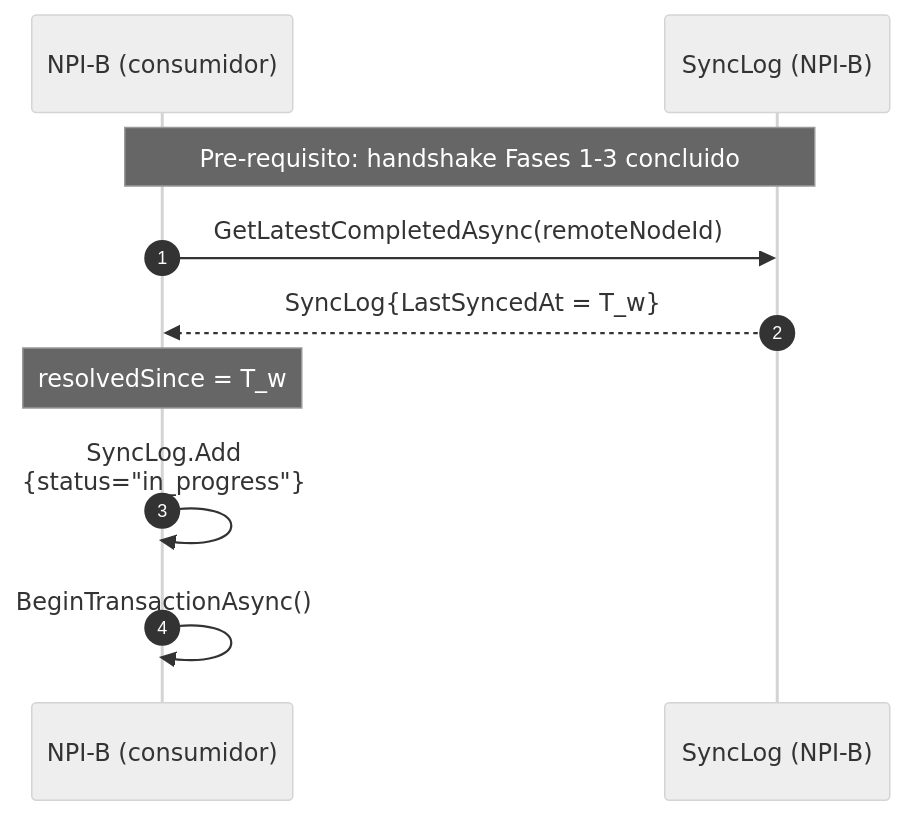
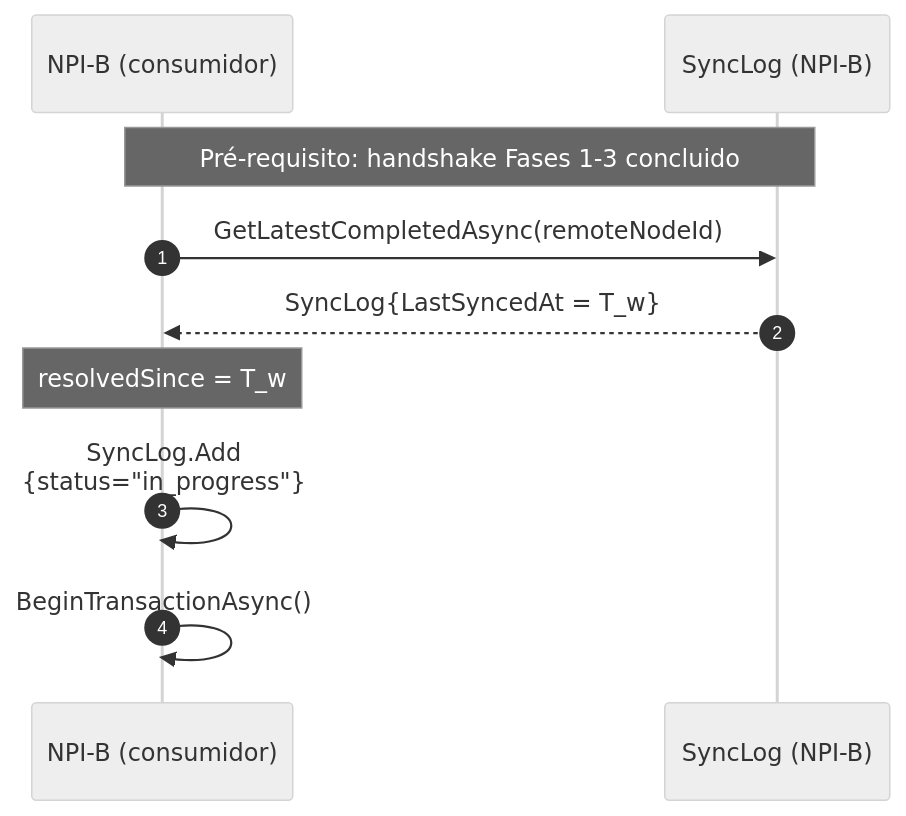
One commit to VitorAndTxr/TCC-Vitor changed the diagram in figuras/Desenvolvimento/NPI/sync-catalogo-1-inicio.mmd. Above: the diagram before and after it, drawn with Mermaid (neutral theme). The commit also changed 15 other files, not shown here.

```diff
--- a/figuras/Desenvolvimento/NPI/sync-catalogo-1-inicio.mmd
+++ b/figuras/Desenvolvimento/NPI/sync-catalogo-1-inicio.mmd
@@ -1,17 +1,17 @@
 %% ============================================================
 %% Sincronizacao SNOMED - Parte 1/3: inicio (watermark + tx)
 %% Referenciado em: cap-experimentos-resultados.tex (4.2.5.2)
 %% Label: fig:NPISyncCatalogoInicio
 %% ============================================================
 sequenceDiagram
     autonumber
     participant B as NPI-B (consumidor)
     participant LB as SyncLog (NPI-B)
 
-    Note over B,LB : Pre-requisito: handshake Fases 1-3 concluido
+    Note over B,LB : Pré-requisito: handshake Fases 1-3 concluido
     B->>LB: GetLatestCompletedAsync(remoteNodeId)
     LB-->>B: SyncLog{LastSyncedAt = T_w}
     Note over B: resolvedSince = T_w
 
     B->>B: SyncLog.Add<br/>{status="in_progress"}
     B->>B: BeginTransactionAsync()
```
